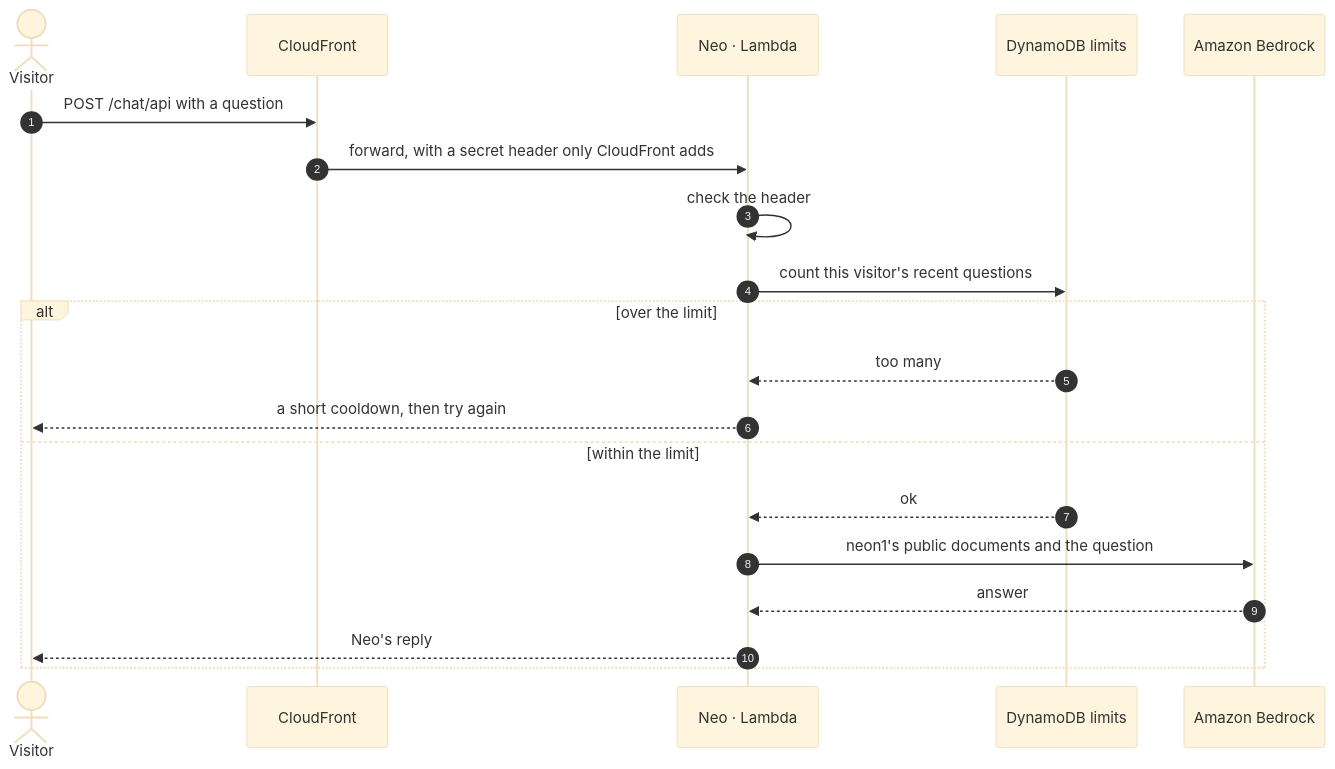
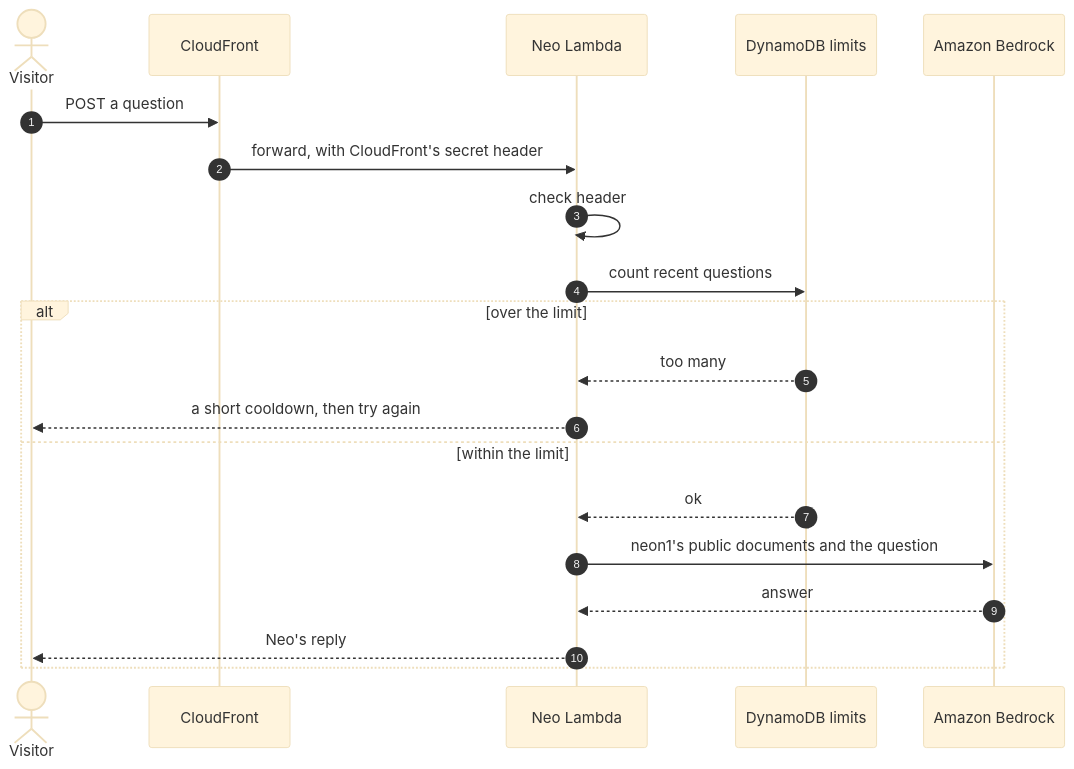
The fourth of 8 diagrams in corpus/company/architecture.md (neon1llc/neon1-corpus), drawn with Mermaid (base theme) before and after one commit. The commit also changed other lines of this file and 17 other files, not shown here.

Commit message:
Render architecture diagrams standalone and fit them to phones

````diff
--- a/corpus/company/architecture.md
+++ b/corpus/company/architecture.md
@@ -138,23 +116,23 @@
 ```mermaid
 %% alt: Sequence diagram of a Neo question. The browser sends the question to CloudFront at /chat/api. CloudFront adds a secret header and forwards it to API Gateway and the Neo Lambda function. The function checks the header and the visitor's rate limit in DynamoDB. If the visitor is over the limit, it answers with a short cooldown message. Otherwise it sends neon1's public documents and the question to Amazon Bedrock, gets an answer, and returns it to the browser.
 sequenceDiagram
   autonumber
   actor V as Visitor
   participant C as CloudFront
-  participant N as Neo · Lambda
+  participant N as Neo Lambda
   participant D as DynamoDB limits
   participant M as Amazon Bedrock
-  V->>C: POST /chat/api with a question
-  C->>N: forward, with a secret header only CloudFront adds
-  N->>N: check the header
-  N->>D: count this visitor's recent questions
+  V->>C: POST a question
+  C->>N: forward, with CloudFront's secret header
+  N->>N: check header
+  N->>D: count recent questions
   alt over the limit
     D-->>N: too many
     N-->>V: a short cooldown, then try again
   else within the limit
     D-->>N: ok
     N->>M: neon1's public documents and the question
     M-->>N: answer
     N-->>V: Neo's reply
   end
 ```
````
